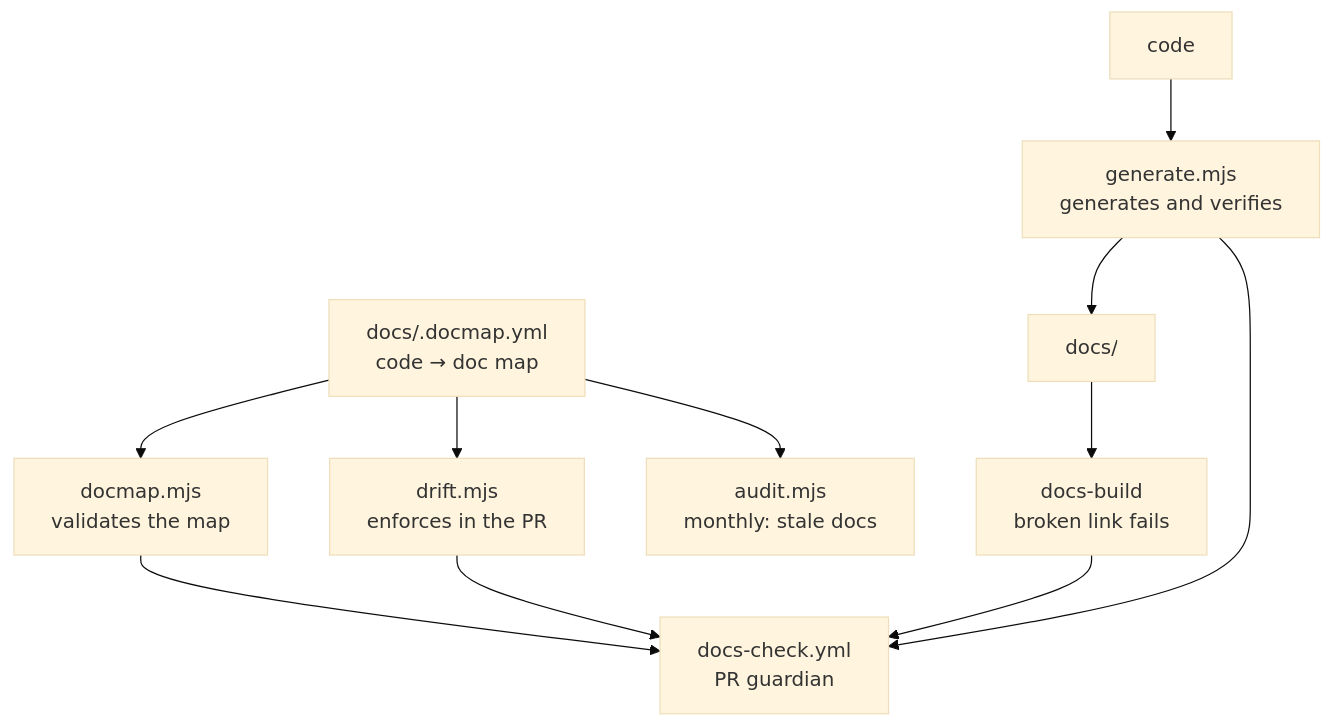
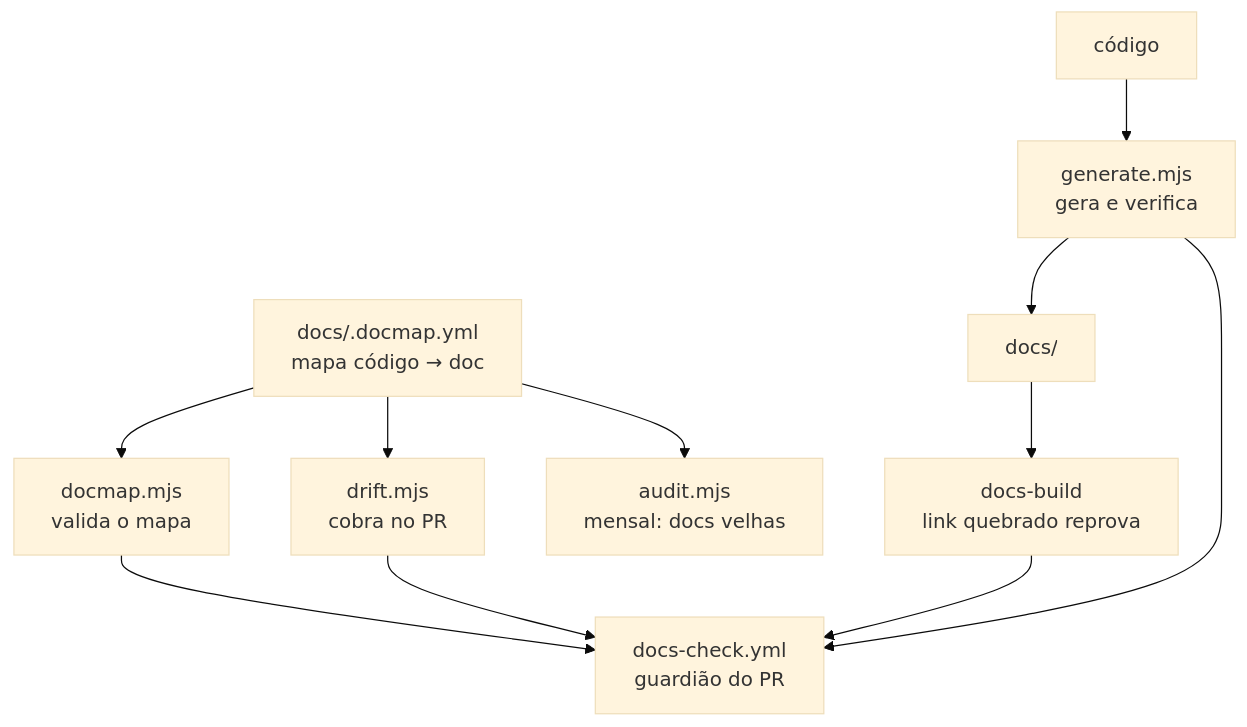
Before and after one commit to daneiel/brabo: the diagram in docs/explanation/documentation-workflow.md, drawn with Mermaid (base theme). The commit also changed other lines of this file and 12 other files, not shown here.

````diff
--- a/docs/explanation/documentation-workflow.md
+++ b/docs/explanation/documentation-workflow.md
@@ -429,13 +436,13 @@
 ```mermaid
 flowchart TD
-  A[docs/.docmap.yml<br/>code → doc map] --> B[docmap.mjs<br/>validates the map]
-  A --> C[drift.mjs<br/>enforces in the PR]
-  D[code] --> E[generate.mjs<br/>generates and verifies]
+  A[docs/.docmap.yml<br/>mapa código → doc] --> B[docmap.mjs<br/>valida o mapa]
+  A --> C[drift.mjs<br/>cobra no PR]
+  D[código] --> E[generate.mjs<br/>gera e verifica]
   E --> F[docs/]
-  C --> G[docs-check.yml<br/>PR guardian]
+  C --> G[docs-check.yml<br/>guardião do PR]
   B --> G
   E --> G
-  F --> H[docs-build<br/>broken link fails]
+  F --> H[docs-build<br/>link quebrado reprova]
   H --> G
-  A --> I[audit.mjs<br/>monthly: stale docs]
+  A --> I[audit.mjs<br/>mensal: docs velhas]
 ```
````
